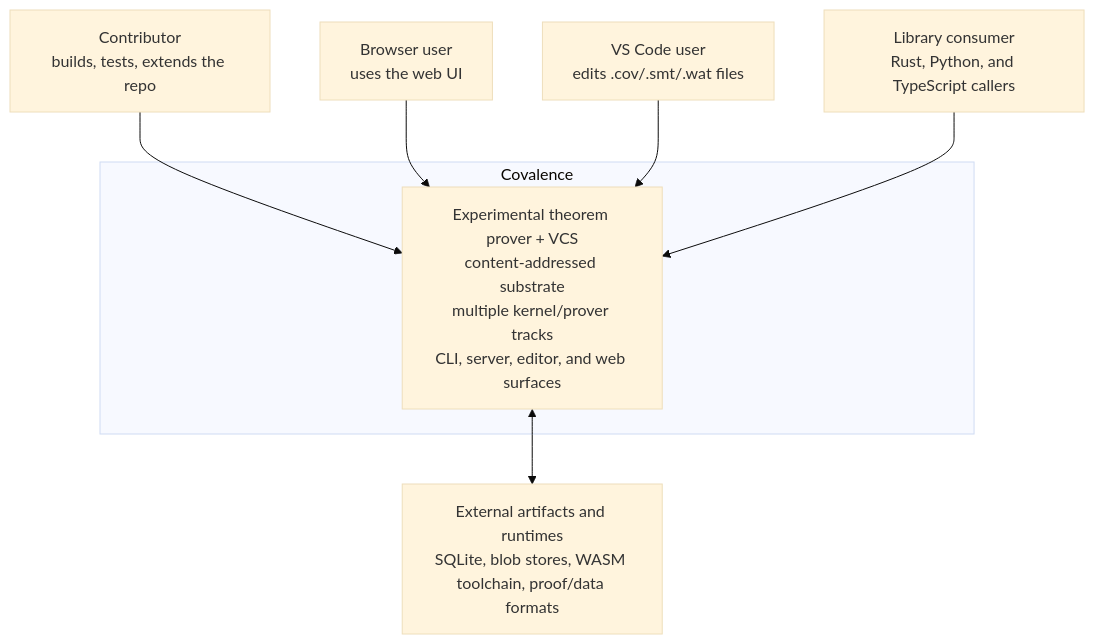
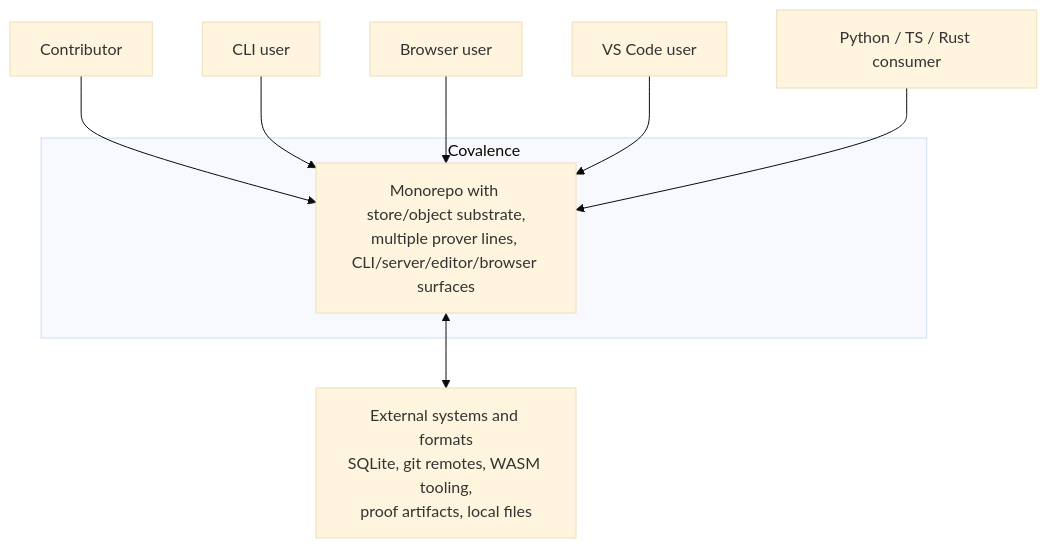
The first of 3 diagrams in docs/c4.md (imbrem/covalence), drawn with Mermaid (base theme) before and after one commit. The commit also changed other lines of this file and 4 other files, not shown here.

````diff
--- a/docs/c4.md
+++ b/docs/c4.md
@@ -17,18 +15,20 @@
 ```mermaid
 flowchart TB
-    contributor["Contributor<br/>builds, tests, extends the repo"]
-    browser_user["Browser user<br/>uses the web UI"]
-    editor_user["VS Code user<br/>edits .cov/.smt/.wat files"]
-    library_user["Library consumer<br/>Rust, Python, and TypeScript callers"]
-    external["External artifacts and runtimes<br/>SQLite, blob stores, WASM toolchain, proof/data formats"]
+    contributor["Contributor"]
+    cli_user["CLI user"]
+    browser_user["Browser user"]
+    editor_user["VS Code user"]
+    library_user["Python / TS / Rust consumer"]
+    external["External systems and formats<br/>SQLite, git remotes, WASM tooling,<br/>proof artifacts, local files"]
 
     subgraph cov["Covalence"]
-        system["Experimental theorem prover + VCS<br/>content-addressed substrate<br/>multiple kernel/prover tracks<br/>CLI, server, editor, and web surfaces"]
+        system["Monorepo with store/object substrate,<br/>multiple prover lines, CLI/server/editor/browser surfaces"]
     end
 
     contributor --> system
+    cli_user --> system
     browser_user --> system
     editor_user --> system
     library_user --> system
     system <--> external
 ```
````
